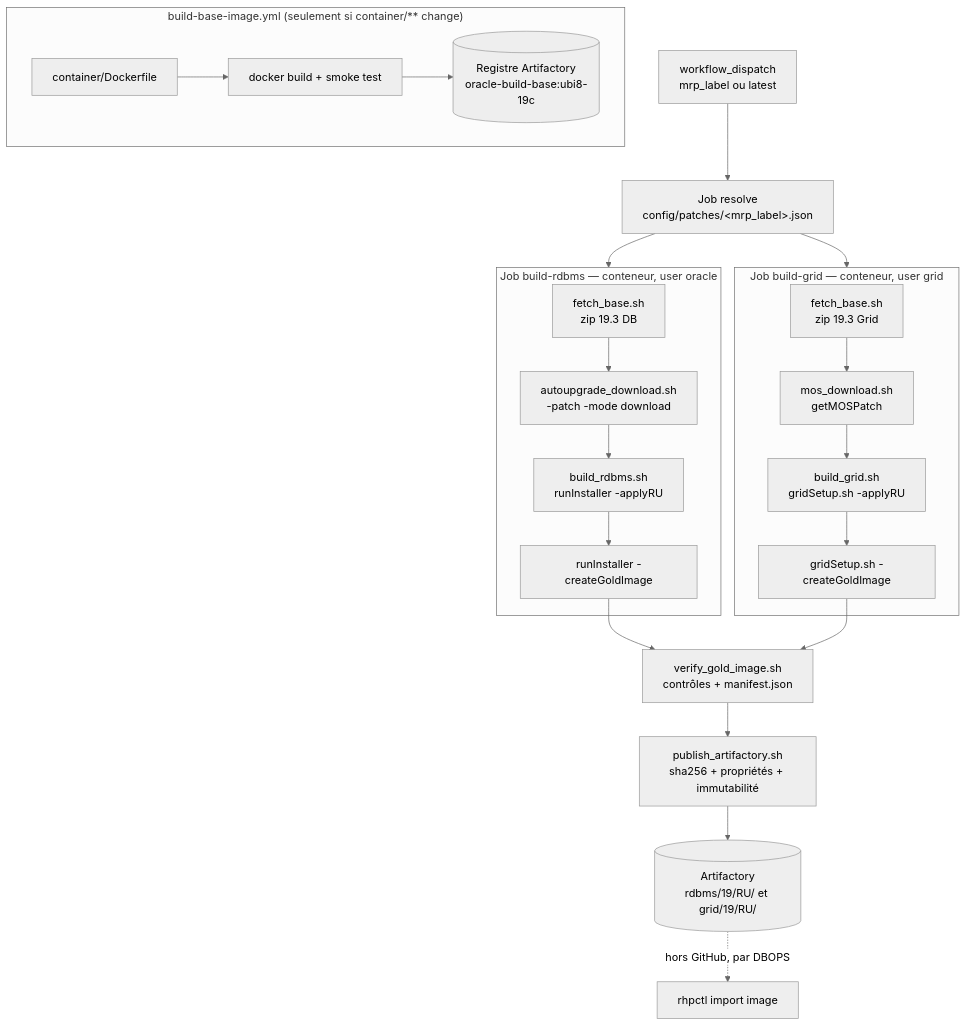
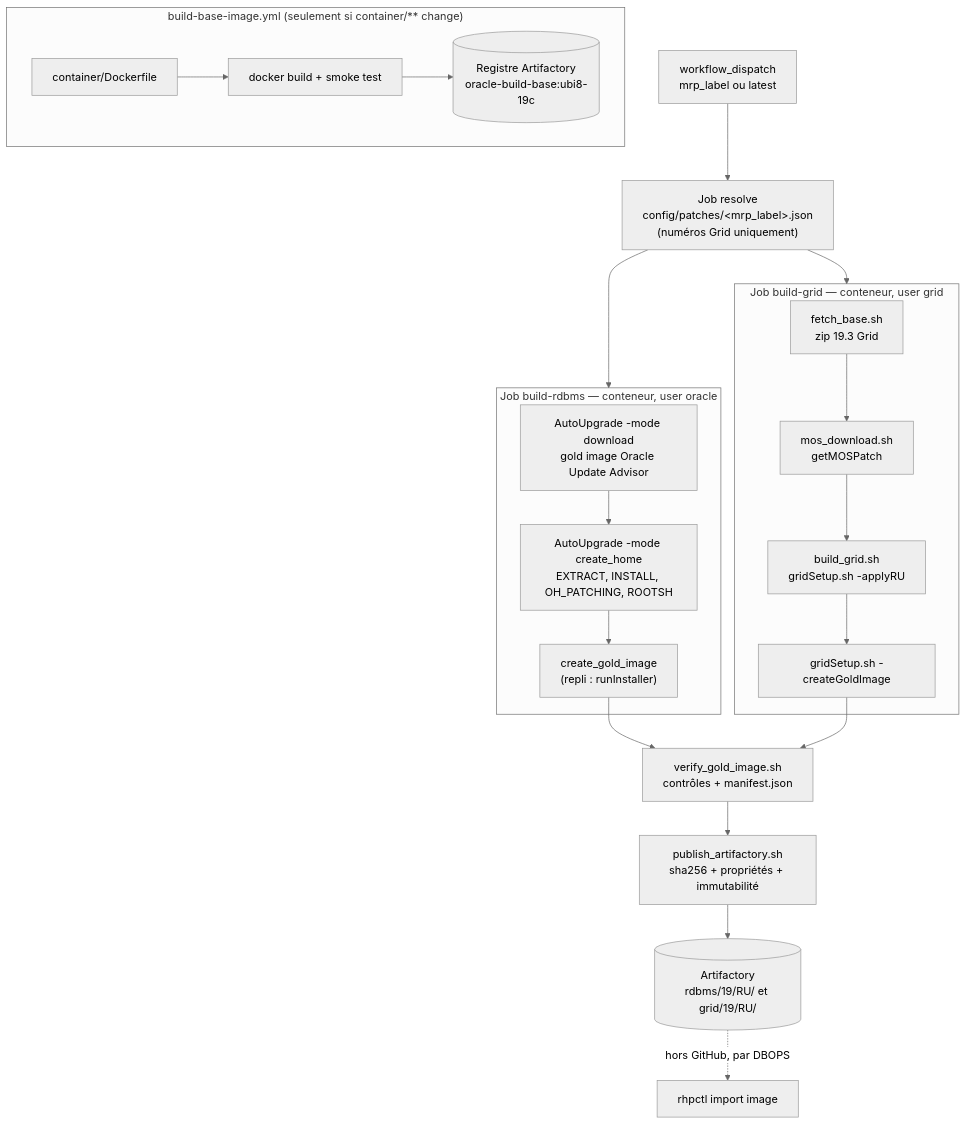
Before and after one commit to cmodiano/oracle_fpp_image_build_docker: the diagram in README.md, drawn with Mermaid (neutral theme). The commit also changed other lines of this file and 7 other files, not shown here.

Commit message:
feat: RDBMS construit par AutoUpgrade depuis la gold image OUA, sans numéro de patch

````diff
--- a/README.md
+++ b/README.md
@@ -31,24 +32,24 @@
 ```mermaid
 flowchart TB
   subgraph base["build-base-image.yml (seulement si container/** change)"]
     C1["container/Dockerfile"] --> C2["docker build + smoke test"] --> C3[("Registre Artifactory<br/>oracle-build-base:ubi8-19c")]
   end
 
-  D["workflow_dispatch<br/>mrp_label ou latest"] --> RS["Job resolve<br/>config/patches/&lt;mrp_label&gt;.json"]
+  D["workflow_dispatch<br/>mrp_label ou latest"] --> RS["Job resolve<br/>config/patches/&lt;mrp_label&gt;.json<br/>(numéros Grid uniquement)"]
   RS --> R
   RS --> G
 
   subgraph R["Job build-rdbms — conteneur, user oracle"]
-    R1["fetch_base.sh<br/>zip 19.3 DB"] --> R2["autoupgrade_download.sh<br/>-patch -mode download"] --> R3["build_rdbms.sh<br/>runInstaller -applyRU"] --> R4["runInstaller -createGoldImage"]
+    R1["AutoUpgrade -mode download<br/>gold image Oracle Update Advisor"] --> R2["AutoUpgrade -mode create_home<br/>EXTRACT, INSTALL, OH_PATCHING, ROOTSH"] --> R4["create_gold_image<br/>(repli : runInstaller)"]
   end
 
   subgraph G["Job build-grid — conteneur, user grid"]
     G1["fetch_base.sh<br/>zip 19.3 Grid"] --> G2["mos_download.sh<br/>getMOSPatch"] --> G3["build_grid.sh<br/>gridSetup.sh -applyRU"] --> G4["gridSetup.sh -createGoldImage"]
   end
 
   R4 --> V["verify_gold_image.sh<br/>contrôles + manifest.json"]
   G4 --> V
   V --> P["publish_artifactory.sh<br/>sha256 + propriétés + immutabilité"]
   P --> A[("Artifactory<br/>rdbms/19/RU/ et grid/19/RU/")]
   A -.->|"hors GitHub, par DBOPS"| F["rhpctl import image"]
 ```
````
